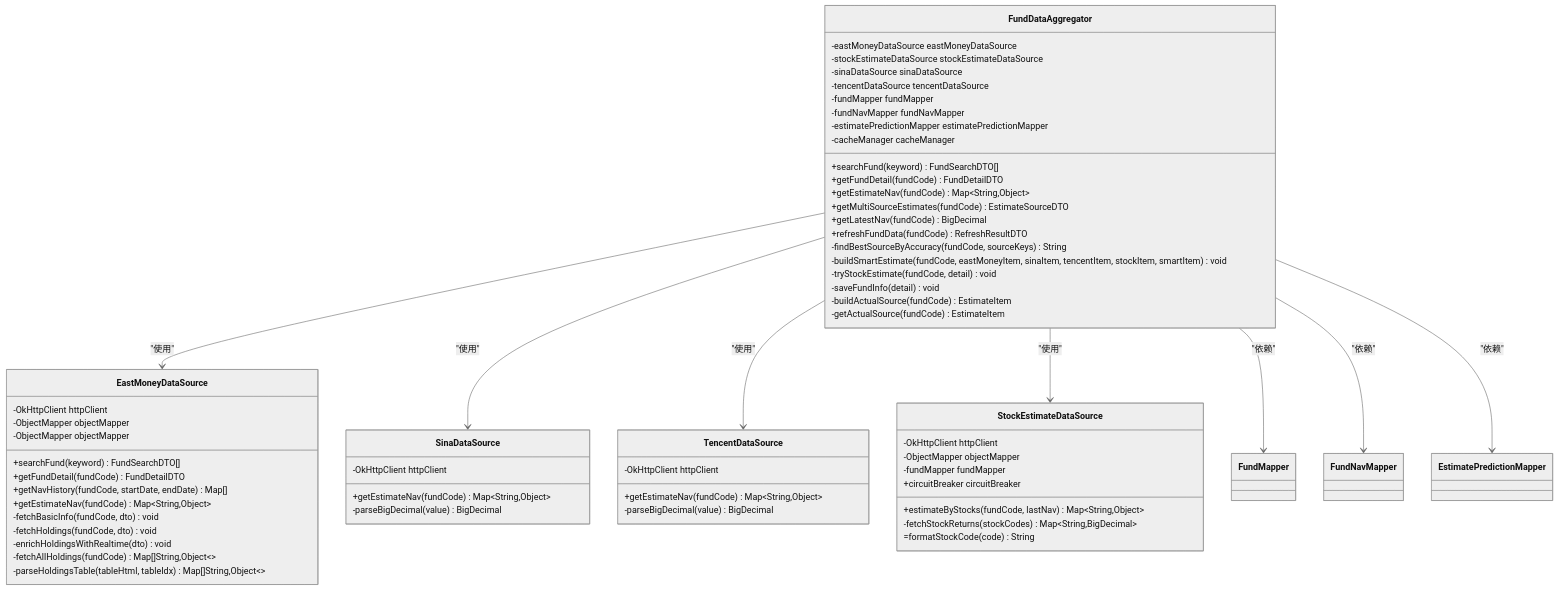
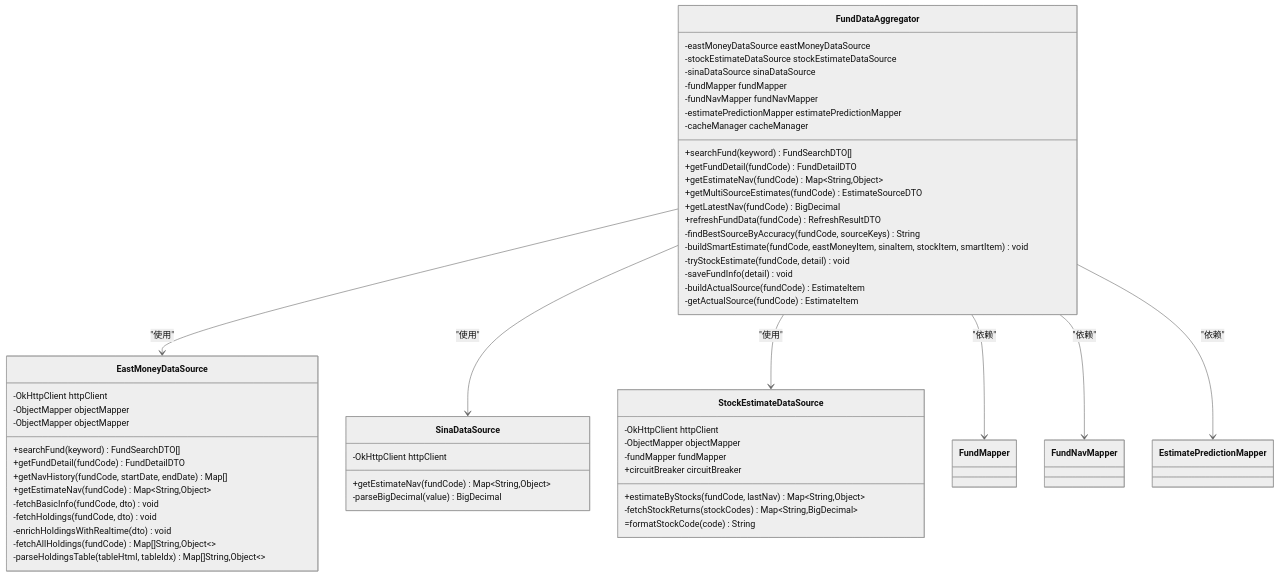
The third of 28 diagrams in .qoder/repowiki/zh/content/核心功能开发/多源基金估值系统.md (gree-coder/fund-butler), drawn with Mermaid (neutral theme) before and after one commit. The commit also changed other lines of this file and 5 other files, not shown here.

````diff
--- a/.qoder/repowiki/zh/content/核心功能开发/多源基金估值系统.md
+++ b/.qoder/repowiki/zh/content/核心功能开发/多源基金估值系统.md
@@ -233,65 +226,58 @@
 ```mermaid
 classDiagram
 class FundDataAggregator {
 -eastMoneyDataSource eastMoneyDataSource
 -stockEstimateDataSource stockEstimateDataSource
 -sinaDataSource sinaDataSource
--tencentDataSource tencentDataSource
 -fundMapper fundMapper
 -fundNavMapper fundNavMapper
 -estimatePredictionMapper estimatePredictionMapper
 -cacheManager cacheManager
 +searchFund(keyword) FundSearchDTO[]
 +getFundDetail(fundCode) FundDetailDTO
 +getEstimateNav(fundCode) Map~String,Object~
 +getMultiSourceEstimates(fundCode) EstimateSourceDTO
 +getLatestNav(fundCode) BigDecimal
 +refreshFundData(fundCode) RefreshResultDTO
 -findBestSourceByAccuracy(fundCode, sourceKeys) String
--buildSmartEstimate(fundCode, eastMoneyItem, sinaItem, tencentItem, stockItem, smartItem) void
+-buildSmartEstimate(fundCode, eastMoneyItem, sinaItem, stockItem, smartItem) void
 -tryStockEstimate(fundCode, detail) void
 -saveFundInfo(detail) void
 -buildActualSource(fundCode) EstimateItem
 -getActualSource(fundCode) EstimateItem
 }
 class EastMoneyDataSource {
 -OkHttpClient httpClient
 -ObjectMapper objectMapper
 -ObjectMapper objectMapper
 +searchFund(keyword) FundSearchDTO[]
 +getFundDetail(fundCode) FundDetailDTO
 +getNavHistory(fundCode, startDate, endDate) Map[]
 +getEstimateNav(fundCode) Map~String,Object~
 -fetchBasicInfo(fundCode, dto) void
 -fetchHoldings(fundCode, dto) void
 -enrichHoldingsWithRealtime(dto) void
 -fetchAllHoldings(fundCode) Map[]String,Object~~
 -parseHoldingsTable(tableHtml, tableIdx) Map[]String,Object~~
 }
 class SinaDataSource {
 -OkHttpClient httpClient
 +getEstimateNav(fundCode) Map~String,Object~
 -parseBigDecimal(value) BigDecimal
 }
-class TencentDataSource {
--OkHttpClient httpClient
-+getEstimateNav(fundCode) Map~String,Object~
--parseBigDecimal(value) BigDecimal
-}
 class StockEstimateDataSource {
 -OkHttpClient httpClient
 -ObjectMapper objectMapper
 -fundMapper fundMapper
 +circuitBreaker circuitBreaker
 +estimateByStocks(fundCode, lastNav) Map~String,Object~
 -fetchStockReturns(stockCodes) Map~String,BigDecimal~
 =formatStockCode(code) String
 }
 FundDataAggregator --> EastMoneyDataSource : "使用"
 FundDataAggregator --> SinaDataSource : "使用"
-FundDataAggregator --> TencentDataSource : "使用"
 FundDataAggregator --> StockEstimateDataSource : "使用"
 FundDataAggregator --> FundMapper : "依赖"
 FundDataAggregator --> FundNavMapper : "依赖"
 FundDataAggregator --> EstimatePredictionMapper : "依赖"
 ```
````
